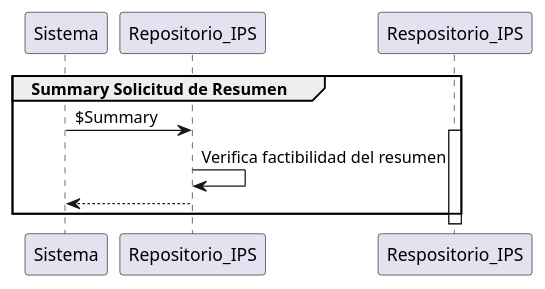
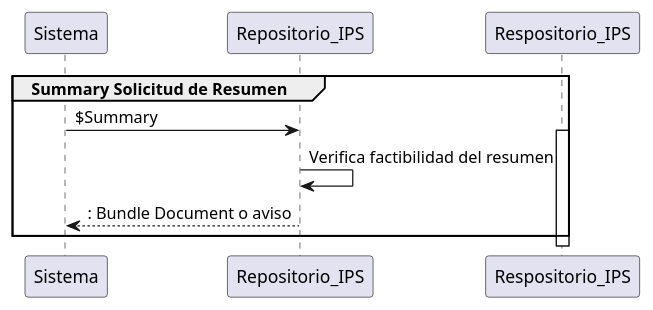
The diagram in input/images-source/CasoUso1.plantuml (HL7Chile-BiomedicaUv/IPS-Embarazo), drawn with PlantUML before and after one commit. The commit also changed 2 other files, not shown here.

```diff
--- a/input/images-source/CasoUso1.plantuml
+++ b/input/images-source/CasoUso1.plantuml
@@ -1,10 +1,11 @@
 @startuml name
 
 group Summary Solicitud de Resumen
 Sistema -> Repositorio_IPS : $Summary
 activate Respositorio_IPS
 Repositorio_IPS -> Repositorio_IPS : Verifica factibilidad del resumen
-return
+return : Bundle Document o aviso
+deactivate Repositorio_IPS
 end
 
 @enduml
```
